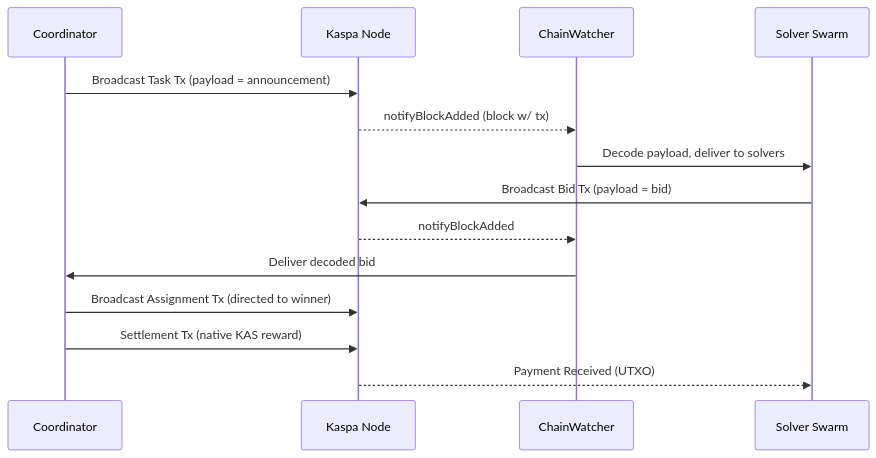
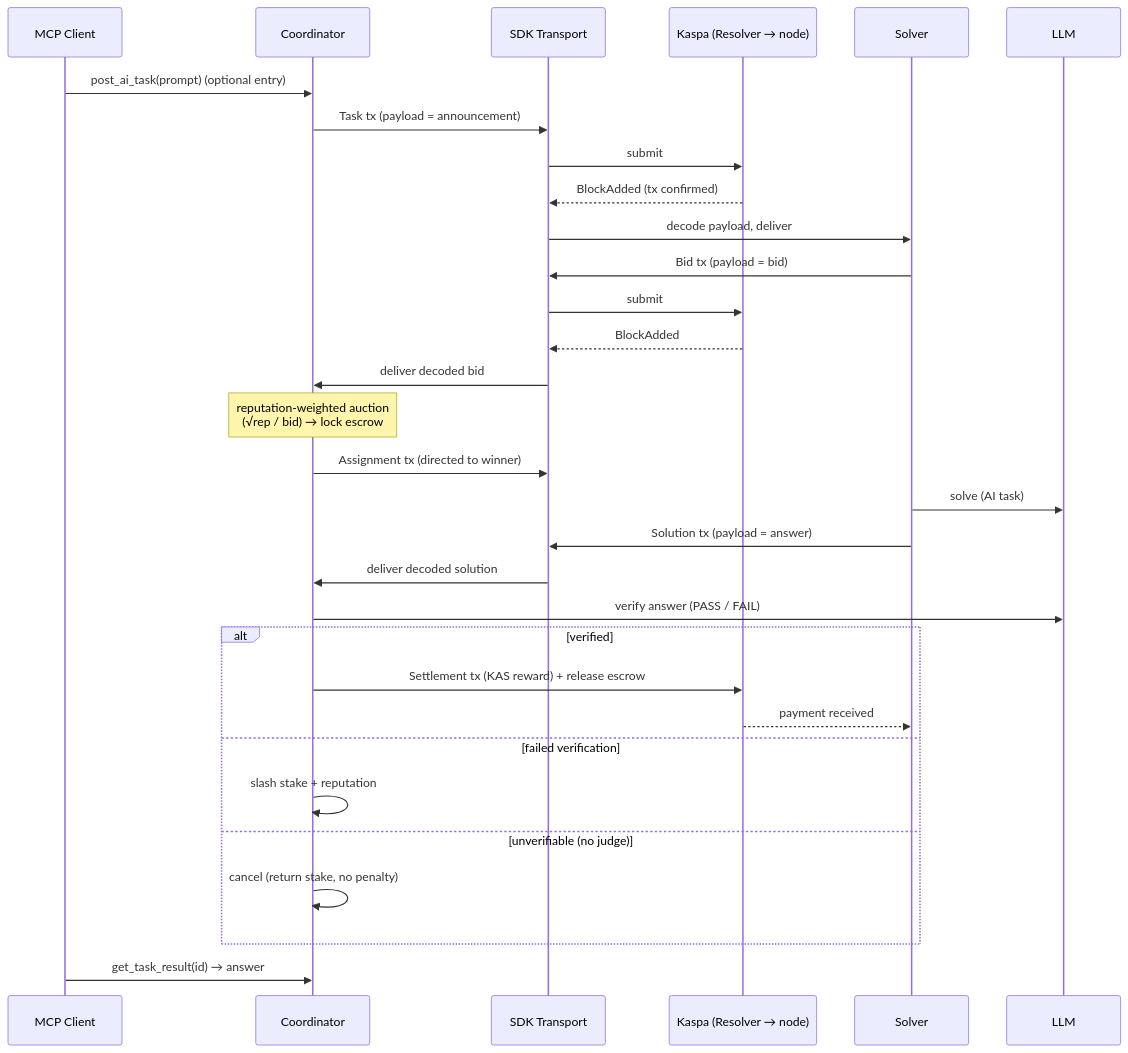
Before and after one commit to Nihal-Pandey-2302/kaspaswarm: the second of 2 diagrams in README.md, drawn with Mermaid. The commit also changed other lines of this file, not shown here.

First line of the commit message:
README: redraw architecture + sequence diagrams for current system

````diff
--- a/README.md
+++ b/README.md
@@ -126,17 +147,34 @@
 ```mermaid
 sequenceDiagram
+    participant M as MCP Client
     participant C as Coordinator
-    participant K as Kaspa Node
-    participant W as ChainWatcher
-    participant S as Solver Swarm
+    participant T as SDK Transport
+    participant K as Kaspa (Resolver → node)
+    participant S as Solver
+    participant L as LLM
 
-    C->>K: Broadcast Task Tx (payload = announcement)
-    K-->>W: notifyBlockAdded (block w/ tx)
-    W->>S: Decode payload, deliver to solvers
-    S->>K: Broadcast Bid Tx (payload = bid)
-    K-->>W: notifyBlockAdded
-    W->>C: Deliver decoded bid
-    C->>K: Broadcast Assignment Tx (directed to winner)
-    C->>K: Settlement Tx (native KAS reward)
-    K-->>S: Payment Received (UTXO)
+    M->>C: post_ai_task(prompt) (optional entry)
+    C->>T: Task tx (payload = announcement)
+    T->>K: submit
+    K-->>T: BlockAdded (tx confirmed)
+    T->>S: decode payload, deliver
+    S->>T: Bid tx (payload = bid)
+    T->>K: submit
+    K-->>T: BlockAdded
+    T->>C: deliver decoded bid
+    Note over C: reputation-weighted auction<br/>(√rep / bid) → lock escrow
+    C->>T: Assignment tx (directed to winner)
+    S->>L: solve (AI task)
+    S->>T: Solution tx (payload = answer)
+    T->>C: deliver decoded solution
+    C->>L: verify answer (PASS / FAIL)
+    alt verified
+        C->>K: Settlement tx (KAS reward) + release escrow
+        K-->>S: payment received
+    else failed verification
+        C->>C: slash stake + reputation
+    else unverifiable (no judge)
+        C->>C: cancel (return stake, no penalty)
+    end
+    M->>C: get_task_result(id) → answer
 ```
````
